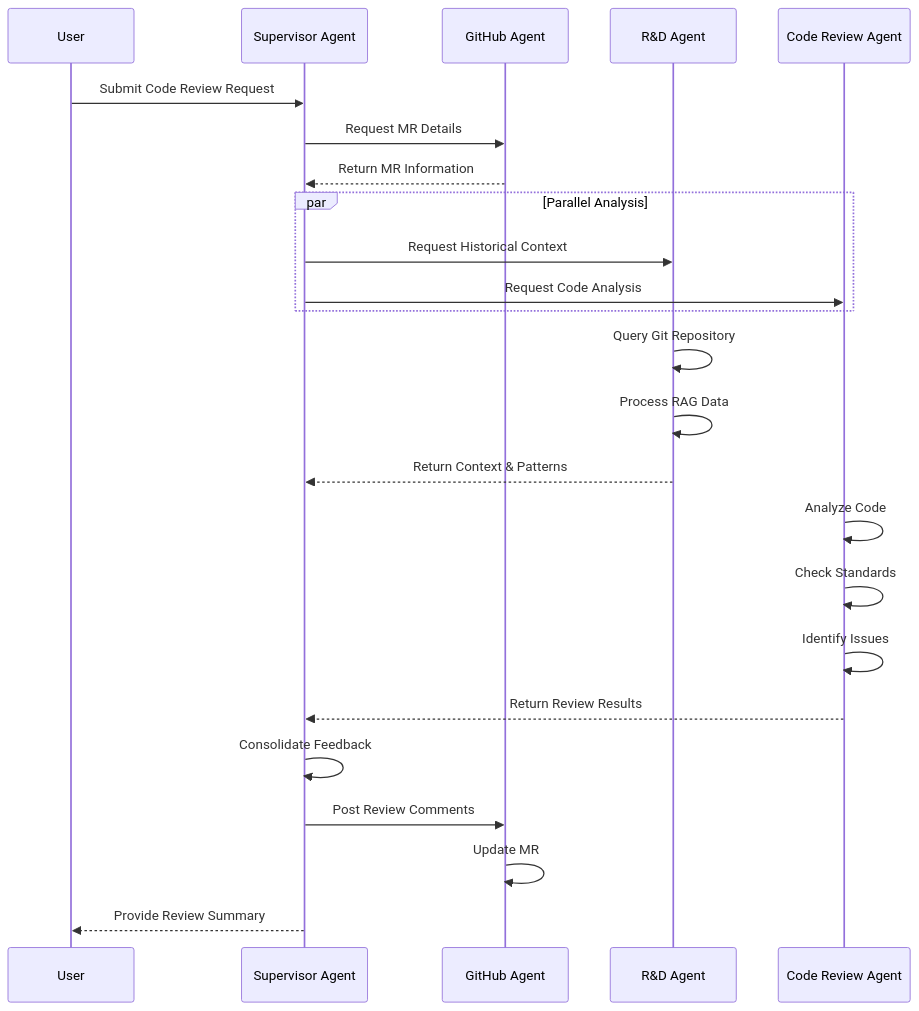
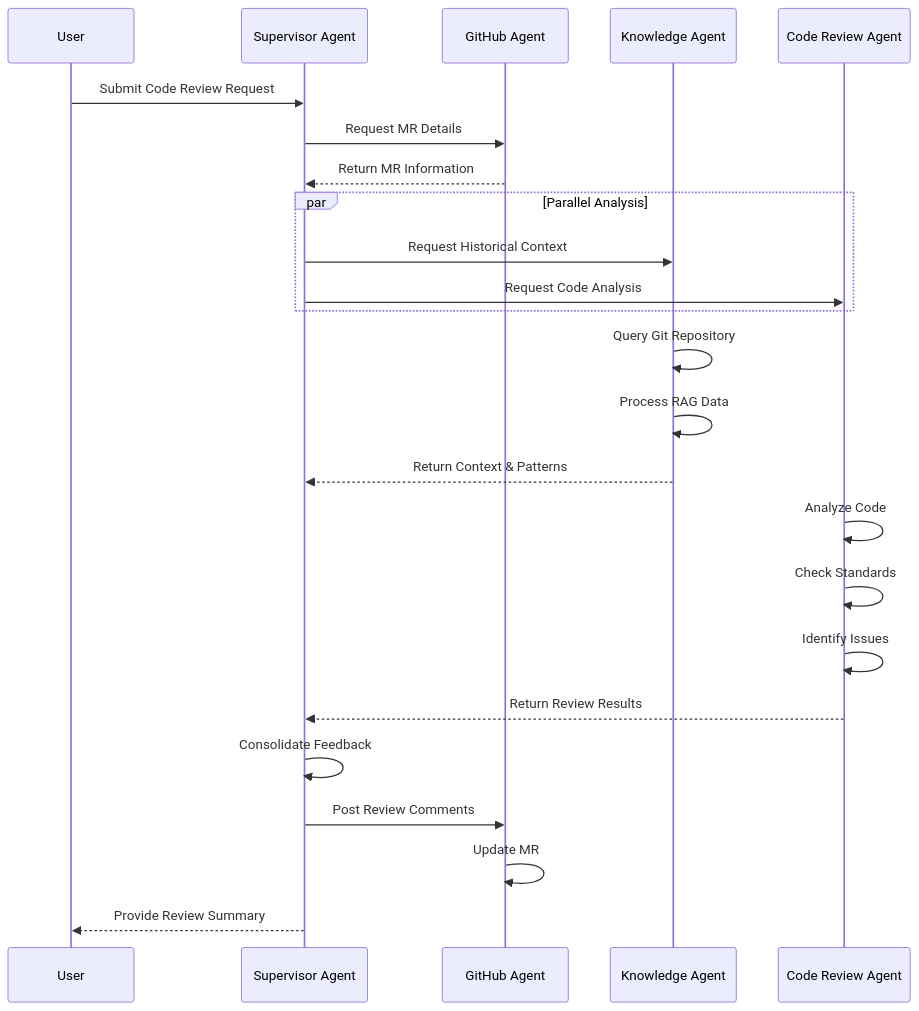
One commit to chinnawant/agent-review-code changed the second of 2 diagrams in readme.md. Above: the diagram before and after it, drawn with Mermaid. The commit also changed other lines of this file, not shown here.

````diff
--- a/readme.md
+++ b/readme.md
@@ -66,41 +64,41 @@
 ```mermaid
 sequenceDiagram
     participant User
     participant SA as Supervisor Agent
     participant GH as GitHub Agent
-    participant RD as R&D Agent
+    participant RD as Knowledge Agent
     participant CR as Code Review Agent
 
     User->>SA: Submit Code Review Request
     
     %% Step 1: Initial Processing
     SA->>GH: Request MR Details
     GH-->>SA: Return MR Information
     
     %% Step 2: Parallel Processing
     par Parallel Analysis
         SA->>RD: Request Historical Context
         SA->>CR: Request Code Analysis
     end
     
     %% Step 3: R&D Agent Processing
     RD->>RD: Query Git Repository
     RD->>RD: Process RAG Data
     RD-->>SA: Return Context & Patterns
     
     %% Step 4: Code Review Processing
     CR->>CR: Analyze Code
     CR->>CR: Check Standards
     CR->>CR: Identify Issues
     CR-->>SA: Return Review Results
     
     %% Step 5: Consolidation
     SA->>SA: Consolidate Feedback
     
     %% Step 6: Posting Results
     SA->>GH: Post Review Comments
     GH->>GH: Update MR
     
     %% Step 7: Final Response
     SA-->>User: Provide Review Summary
 ```
````
